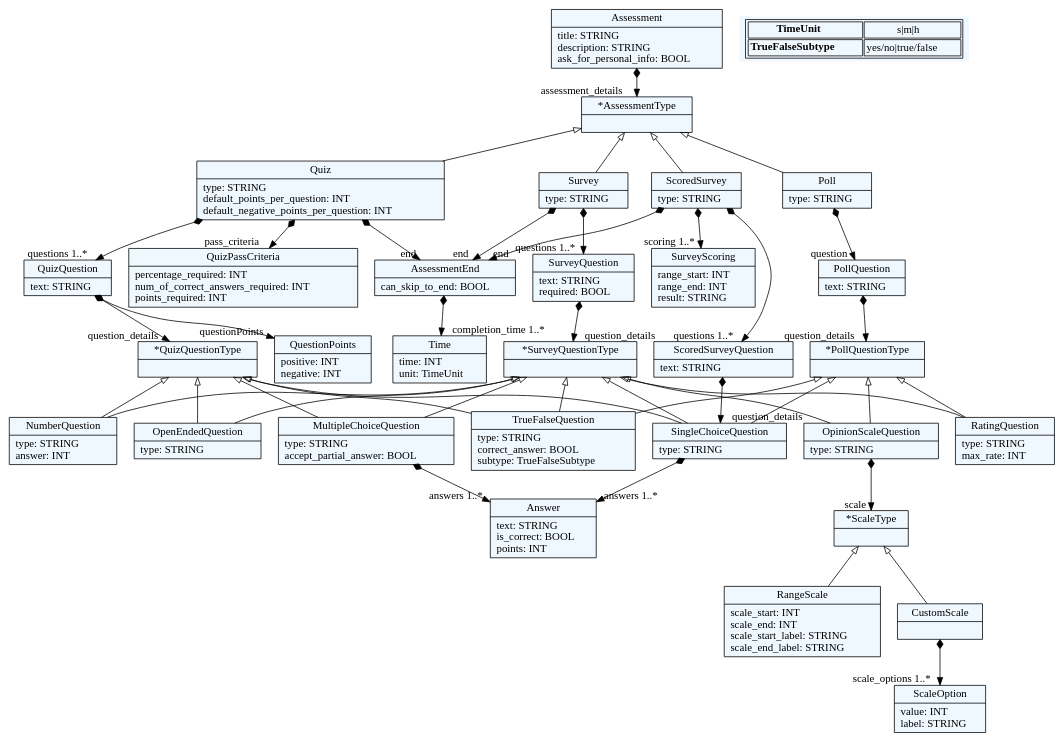
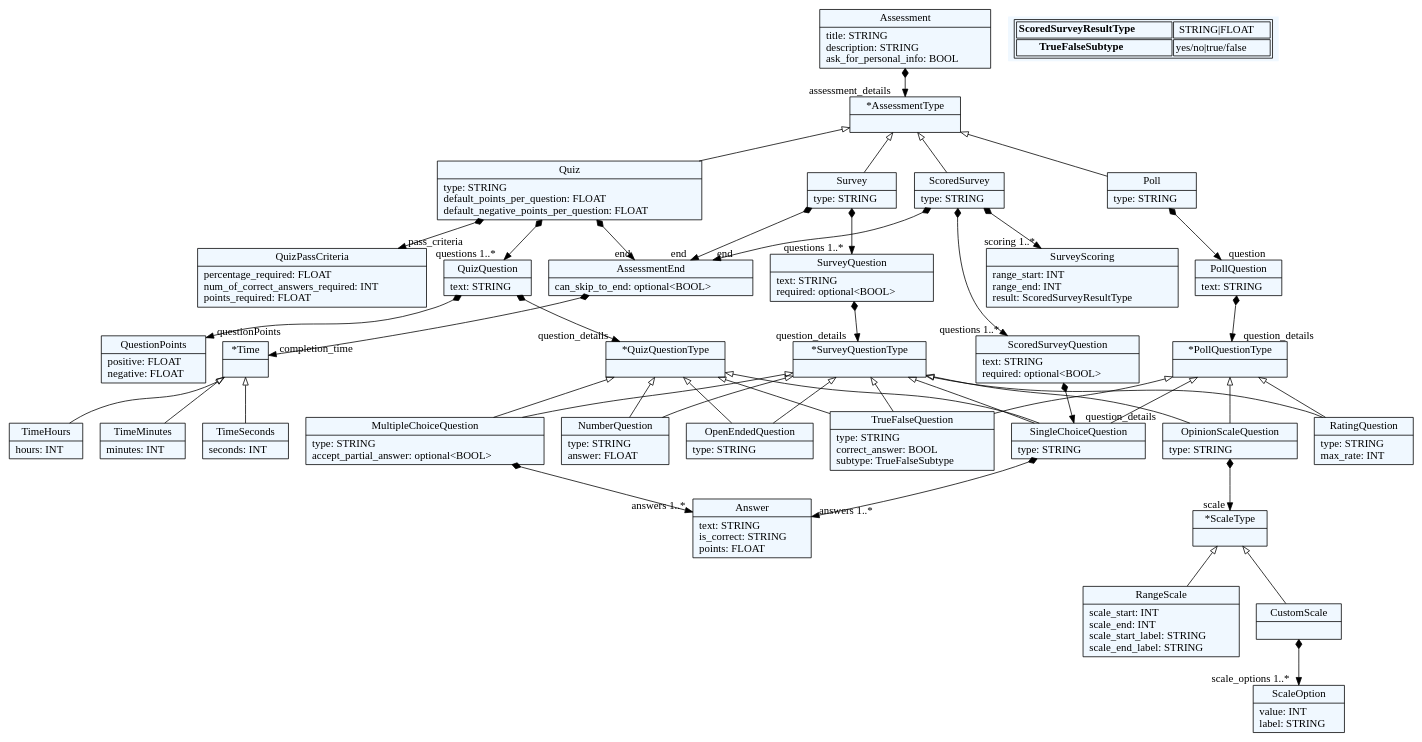
The diagram in dot_files/grammar.dot (NevenaAl/QuesTech), drawn with Graphviz before and after one commit. The commit also changed 8 other files, not shown here.

Commit message:
Added survey and scored survey examples

```diff
--- a/dot_files/grammar.dot
+++ b/dot_files/grammar.dot
@@ -1,128 +1,137 @@
 
     digraph textX {
     fontname = "Bitstream Vera Sans"
     fontsize = 8
     node[
         shape=record,
         style=filled,
         fillcolor=aliceblue
     ]
     nodesep = 0.3
     edge[dir=black,arrowtail=empty]
 
 
-2836678371600[ label="{Assessment|title: STRING\ldescription: STRING\lask_for_personal_info: BOOL\l}"]
+1484176457264[ label="{Assessment|title: STRING\ldescription: STRING\lask_for_personal_info: BOOL\l}"]
 
-2836678369648[ label="{*AssessmentType|}"]
+1484176458240[ label="{*AssessmentType|}"]
 
-2836678359888[ label="{Quiz|type: STRING\ldefault_points_per_question: INT\ldefault_negative_points_per_question: INT\l}"]
+1484176429936[ label="{Quiz|type: STRING\ldefault_points_per_question: FLOAT\ldefault_negative_points_per_question: FLOAT\l}"]
 
-2836678346224[ label="{Survey|type: STRING\l}"]
+1484176428960[ label="{Survey|type: STRING\l}"]
 
-2836678367696[ label="{ScoredSurvey|type: STRING\l}"]
+1484176427984[ label="{ScoredSurvey|type: STRING\l}"]
 
-2836678368672[ label="{Poll|type: STRING\l}"]
+1484176462144[ label="{Poll|type: STRING\l}"]
 
-2836678376480[ label="{SurveyScoring|range_start: INT\lrange_end: INT\lresult: STRING\l}"]
+1484176463120[ label="{SurveyScoring|range_start: INT\lrange_end: INT\lresult: ScoredSurveyResultType\l}"]
 
-2836678378432[ label="{PollQuestion|text: STRING\l}"]
+1484176465072[ label="{PollQuestion|text: STRING\l}"]
 
-2836678380384[ label="{SurveyQuestion|text: STRING\lrequired: BOOL\l}"]
+1484176467024[ label="{SurveyQuestion|text: STRING\lrequired: optional\<BOOL\>\l}"]
 
-2836678382336[ label="{QuizQuestion|text: STRING\l}"]
+1484176468976[ label="{QuizQuestion|text: STRING\l}"]
 
-2836678393072[ label="{ScoredSurveyQuestion|text: STRING\l}"]
+1484176470928[ label="{ScoredSurveyQuestion|text: STRING\lrequired: optional\<BOOL\>\l}"]
 
-2836678389168[ label="{*SurveyQuestionType|}"]
+1484176479712[ label="{*SurveyQuestionType|}"]
 
-2836678395024[ label="{*QuizQuestionType|}"]
+1484176471904[ label="{*QuizQuestionType|}"]
 
-2836678386240[ label="{*PollQuestionType|}"]
+1484176473856[ label="{*PollQuestionType|}"]
 
-2836678397952[ label="{QuizPassCriteria|percentage_required: INT\lnum_of_correct_answers_required: INT\lpoints_required: INT\l}"]
+1484176474832[ label="{QuizPassCriteria|percentage_required: FLOAT\lnum_of_correct_answers_required: INT\lpoints_required: FLOAT\l}"]
 
-2836678388192[ label="{QuestionPoints|positive: INT\lnegative: INT\l}"]
+1484176477760[ label="{QuestionPoints|positive: FLOAT\lnegative: FLOAT\l}"]
 
-2836678391120[ label="{OpenEndedQuestion|type: STRING\l}"]
+1484176481664[ label="{OpenEndedQuestion|type: STRING\l}"]
 
-2836678392096[ label="{TrueFalseQuestion|type: STRING\lcorrect_answer: BOOL\lsubtype: TrueFalseSubtype\l}"]
+1484176483616[ label="{TrueFalseQuestion|type: STRING\lcorrect_answer: BOOL\lsubtype: TrueFalseSubtype\l}"]
 
-2836678396976[ label="{SingleChoiceQuestion|type: STRING\l}"]
+1484176489472[ label="{SingleChoiceQuestion|type: STRING\l}"]
 
-2836678405760[ label="{MultipleChoiceQuestion|type: STRING\laccept_partial_answer: BOOL\l}"]
+1484176485568[ label="{MultipleChoiceQuestion|type: STRING\laccept_partial_answer: optional\<BOOL\>\l}"]
 
-2836678406736[ label="{NumberQuestion|type: STRING\lanswer: INT\l}"]
+1484176592336[ label="{NumberQuestion|type: STRING\lanswer: FLOAT\l}"]
 
-2836678414544[ label="{OpinionScaleQuestion|type: STRING\l}"]
+1484176563056[ label="{OpinionScaleQuestion|type: STRING\l}"]
 
-2836678421376[ label="{*ScaleType|}"]
+1484176574768[ label="{*ScaleType|}"]
 
-2836678427232[ label="{RangeScale|scale_start: INT\lscale_end: INT\lscale_start_label: STRING\lscale_end_label: STRING\l}"]
+1484176562080[ label="{RangeScale|scale_start: INT\lscale_end: INT\lscale_start_label: STRING\lscale_end_label: STRING\l}"]
 
-2836678422352[ label="{CustomScale|}"]
+1484176566960[ label="{CustomScale|}"]
 
-2836678435040[ label="{ScaleOption|value: INT\llabel: STRING\l}"]
+1484176568912[ label="{ScaleOption|value: INT\llabel: STRING\l}"]
 
-2836678407712[ label="{RatingQuestion|type: STRING\lmax_rate: INT\l}"]
+1484176567936[ label="{RatingQuestion|type: STRING\lmax_rate: INT\l}"]
 
-2836678410640[ label="{Answer|text: STRING\lis_correct: BOOL\lpoints: INT\l}"]
+1484176591360[ label="{Answer|text: STRING\lis_correct: STRING\lpoints: FLOAT\l}"]
 
-2836678411616[ label="{AssessmentEnd|can_skip_to_end: BOOL\l}"]
+1484176560128[ label="{AssessmentEnd|can_skip_to_end: optional\<BOOL\>\l}"]
 
-2836678409664[ label="{Time|time: INT\lunit: TimeUnit\l}"]
+1484176565008[ label="{TimeHours|hours: INT\l}"]
+
+1484176576720[ label="{TimeMinutes|minutes: INT\l}"]
+
+1484176561104[ label="{TimeSeconds|seconds: INT\l}"]
+
+1484176603072[ label="{*Time|}"]
 
 
 
-2836678371600 -> 2836678369648[arrowtail=diamond, dir=both, headlabel="assessment_details "]
-2836678369648 -> 2836678359888 [dir=back]
-2836678369648 -> 2836678346224 [dir=back]
-2836678369648 -> 2836678367696 [dir=back]
-2836678369648 -> 2836678368672 [dir=back]
-2836678359888 -> 2836678382336[arrowtail=diamond, dir=both, headlabel="questions 1..*"]
-2836678359888 -> 2836678411616[arrowtail=diamond, dir=both, headlabel="end "]
-2836678359888 -> 2836678397952[arrowtail=diamond, dir=both, headlabel="pass_criteria "]
-2836678346224 -> 2836678380384[arrowtail=diamond, dir=both, headlabel="questions 1..*"]
-2836678346224 -> 2836678411616[arrowtail=diamond, dir=both, headlabel="end "]
-2836678367696 -> 2836678393072[arrowtail=diamond, dir=both, headlabel="questions 1..*"]
-2836678367696 -> 2836678411616[arrowtail=diamond, dir=both, headlabel="end "]
-2836678367696 -> 2836678376480[arrowtail=diamond, dir=both, headlabel="scoring 1..*"]
-2836678368672 -> 2836678378432[arrowtail=diamond, dir=both, headlabel="question "]
-2836678378432 -> 2836678386240[arrowtail=diamond, dir=both, headlabel="question_details "]
-2836678380384 -> 2836678389168[arrowtail=diamond, dir=both, headlabel="question_details "]
-2836678382336 -> 2836678395024[arrowtail=diamond, dir=both, headlabel="question_details "]
-2836678382336 -> 2836678388192[arrowtail=diamond, dir=both, headlabel="questionPoints "]
-2836678393072 -> 2836678396976[arrowtail=diamond, dir=both, headlabel="question_details "]
-2836678389168 -> 2836678391120 [dir=back]
-2836678389168 -> 2836678396976 [dir=back]
-2836678389168 -> 2836678405760 [dir=back]
-2836678389168 -> 2836678392096 [dir=back]
-2836678389168 -> 2836678406736 [dir=back]
-2836678389168 -> 2836678414544 [dir=back]
-2836678389168 -> 2836678407712 [dir=back]
-2836678395024 -> 2836678391120 [dir=back]
-2836678395024 -> 2836678396976 [dir=back]
-2836678395024 -> 2836678405760 [dir=back]
-2836678395024 -> 2836678392096 [dir=back]
-2836678395024 -> 2836678406736 [dir=back]
-2836678386240 -> 2836678396976 [dir=back]
-2836678386240 -> 2836678392096 [dir=back]
-2836678386240 -> 2836678407712 [dir=back]
-2836678386240 -> 2836678414544 [dir=back]
-2836678396976 -> 2836678410640[arrowtail=diamond, dir=both, headlabel="answers 1..*"]
-2836678405760 -> 2836678410640[arrowtail=diamond, dir=both, headlabel="answers 1..*"]
-2836678414544 -> 2836678421376[arrowtail=diamond, dir=both, headlabel="scale "]
-2836678421376 -> 2836678427232 [dir=back]
-2836678421376 -> 2836678422352 [dir=back]
-2836678422352 -> 2836678435040[arrowtail=diamond, dir=both, headlabel="scale_options 1..*"]
-2836678411616 -> 2836678409664[arrowtail=diamond, dir=both, headlabel="completion_time 1..*"]
+1484176457264 -> 1484176458240[arrowtail=diamond, dir=both, headlabel="assessment_details "]
+1484176458240 -> 1484176429936 [dir=back]
+1484176458240 -> 1484176428960 [dir=back]
+1484176458240 -> 1484176427984 [dir=back]
+1484176458240 -> 1484176462144 [dir=back]
+1484176429936 -> 1484176468976[arrowtail=diamond, dir=both, headlabel="questions 1..*"]
+1484176429936 -> 1484176560128[arrowtail=diamond, dir=both, headlabel="end "]
+1484176429936 -> 1484176474832[arrowtail=diamond, dir=both, headlabel="pass_criteria "]
+1484176428960 -> 1484176467024[arrowtail=diamond, dir=both, headlabel="questions 1..*"]
+1484176428960 -> 1484176560128[arrowtail=diamond, dir=both, headlabel="end "]
+1484176427984 -> 1484176470928[arrowtail=diamond, dir=both, headlabel="questions 1..*"]
+1484176427984 -> 1484176560128[arrowtail=diamond, dir=both, headlabel="end "]
+1484176427984 -> 1484176463120[arrowtail=diamond, dir=both, headlabel="scoring 1..*"]
+1484176462144 -> 1484176465072[arrowtail=diamond, dir=both, headlabel="question "]
+1484176465072 -> 1484176473856[arrowtail=diamond, dir=both, headlabel="question_details "]
+1484176467024 -> 1484176479712[arrowtail=diamond, dir=both, headlabel="question_details "]
+1484176468976 -> 1484176471904[arrowtail=diamond, dir=both, headlabel="question_details "]
+1484176468976 -> 1484176477760[arrowtail=diamond, dir=both, headlabel="questionPoints "]
+1484176470928 -> 1484176489472[arrowtail=diamond, dir=both, headlabel="question_details "]
+1484176479712 -> 1484176481664 [dir=back]
+1484176479712 -> 1484176489472 [dir=back]
+1484176479712 -> 1484176485568 [dir=back]
+1484176479712 -> 1484176483616 [dir=back]
+1484176479712 -> 1484176592336 [dir=back]
+1484176479712 -> 1484176563056 [dir=back]
+1484176479712 -> 1484176567936 [dir=back]
+1484176471904 -> 1484176481664 [dir=back]
+1484176471904 -> 1484176489472 [dir=back]
+1484176471904 -> 1484176485568 [dir=back]
+1484176471904 -> 1484176483616 [dir=back]
+1484176471904 -> 1484176592336 [dir=back]
+1484176473856 -> 1484176489472 [dir=back]
+1484176473856 -> 1484176483616 [dir=back]
+1484176473856 -> 1484176567936 [dir=back]
+1484176473856 -> 1484176563056 [dir=back]
+1484176489472 -> 1484176591360[arrowtail=diamond, dir=both, headlabel="answers 1..*"]
+1484176485568 -> 1484176591360[arrowtail=diamond, dir=both, headlabel="answers 1..*"]
+1484176563056 -> 1484176574768[arrowtail=diamond, dir=both, headlabel="scale "]
+1484176574768 -> 1484176562080 [dir=back]
+1484176574768 -> 1484176566960 [dir=back]
+1484176566960 -> 1484176568912[arrowtail=diamond, dir=both, headlabel="scale_options 1..*"]
+1484176560128 -> 1484176603072[arrowtail=diamond, dir=both, headlabel="completion_time "]
+1484176603072 -> 1484176565008 [dir=back]
+1484176603072 -> 1484176576720 [dir=back]
+1484176603072 -> 1484176561104 [dir=back]
 match_rules [ shape=plaintext, label=< <table>
 	<tr>
-		<td><b>TimeUnit</b></td><td>s|m|h</td>
+		<td><b>ScoredSurveyResultType</b></td><td>STRING|FLOAT</td>
 	</tr>
 	<tr>
 		<td><b>TrueFalseSubtype</b></td><td>yes/no|true/false</td>
 	</tr>
 </table> >]
 
 
 }
```
